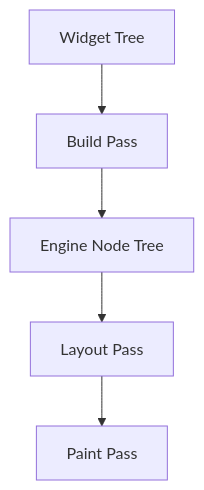
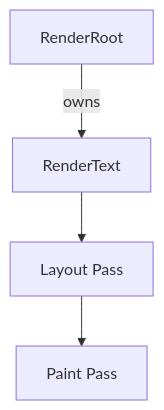
The diagram in tasks/milestone-3/task-3-1.md (iapicca/t22e), drawn with Mermaid before and after one commit. The commit also changed other lines of this file and 5 other files, not shown here.

````diff
--- a/tasks/milestone-3/task-3-1.md
+++ b/tasks/milestone-3/task-3-1.md
@@ -16,7 +16,6 @@
 ```mermaid
 graph TD
-    A[Widget Tree] --> B[Build Pass]
-    B --> C[Engine Node Tree]
-    C --> D[Layout Pass]
-    D --> E[Paint Pass]
+    A[RenderRoot] -->|owns| B[RenderText]
+    B --> C[Layout Pass]
+    C --> D[Paint Pass]
 ```
````
